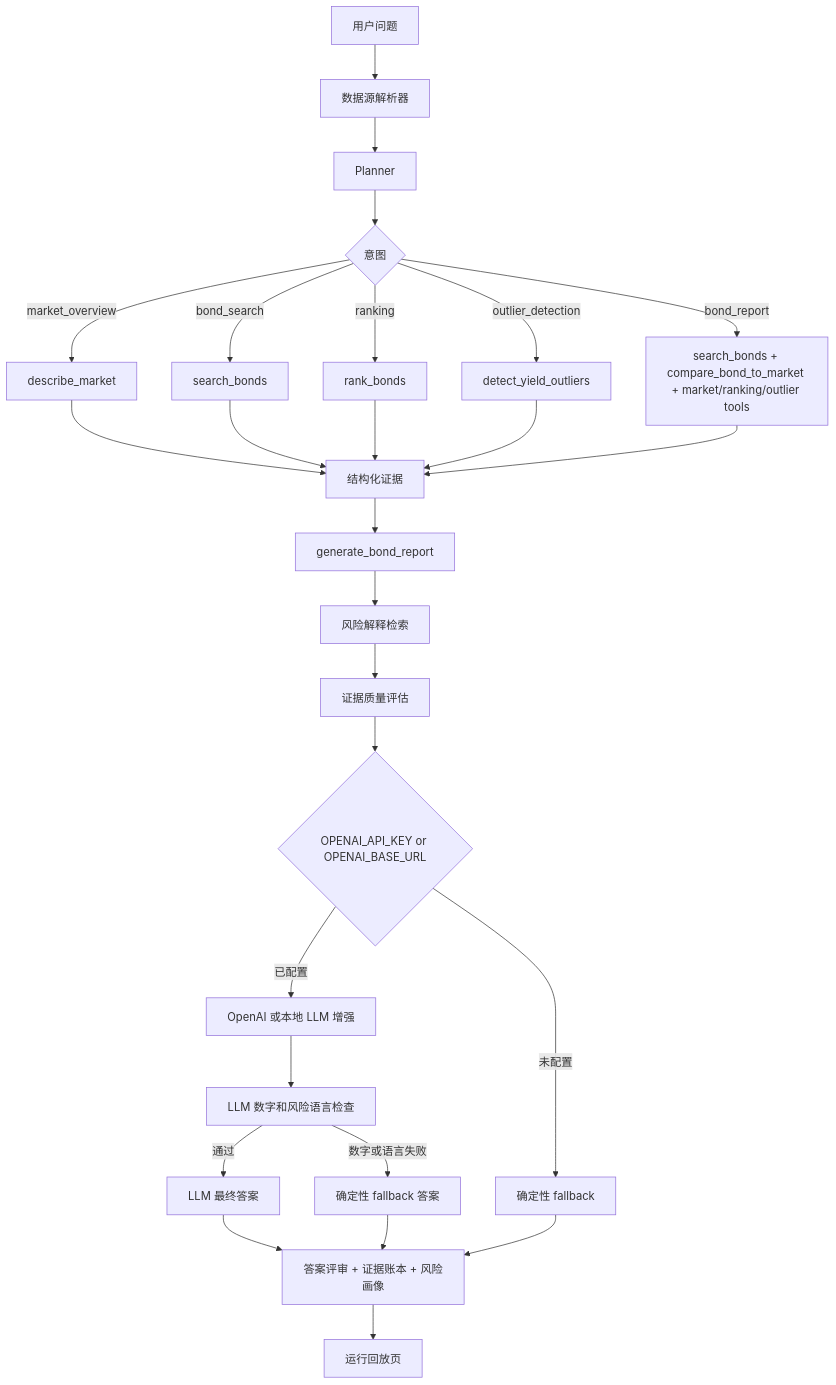
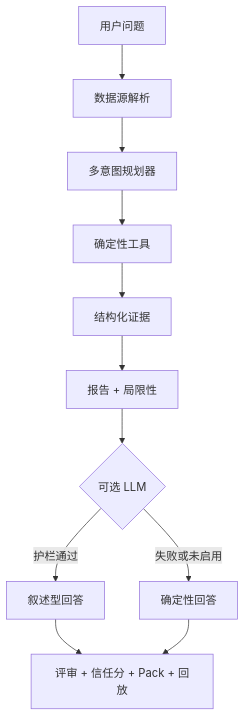
Before and after one commit to Phoenix0531-sudo/BondLens: the diagram in README.zh-CN.md, drawn with Mermaid. The commit also changed other lines of this file and 13 other files, not shown here.

````diff
--- a/README.zh-CN.md
+++ b/README.zh-CN.md
@@ -234,29 +77,13 @@
 ```mermaid
 flowchart TD
-    A[用户问题] --> B[数据源解析器]
-    B --> C[Planner]
-    C --> D{意图}
-    D -->|market_overview| E[describe_market]
-    D -->|bond_search| F[search_bonds]
-    D -->|ranking| G[rank_bonds]
-    D -->|outlier_detection| H[detect_yield_outliers]
-    D -->|bond_report| I[search_bonds + compare_bond_to_market + market/ranking/outlier tools]
-    E --> J[结构化证据]
-    F --> J
-    G --> J
-    H --> J
+    A[用户问题] --> B[数据源解析]
+    B --> C[多意图规划器]
+    C --> D[确定性工具]
+    D --> E[结构化证据]
+    E --> F[报告 + 局限性]
+    F --> G{可选 LLM}
+    G -->|护栏通过| H[叙述型回答]
+    G -->|失败或未启用| I[确定性回答]
+    H --> J[评审 + 信任分 + Pack + 回放]
     I --> J
-    J --> K[generate_bond_report]
-    K --> L[风险解释检索]
-    L --> M[证据质量评估]
-    M --> N{OPENAI_API_KEY or OPENAI_BASE_URL}
-    N -->|未配置| O[确定性 fallback]
-    N -->|已配置| P[OpenAI 或本地 LLM 增强]
-    P --> Q[LLM 数字和风险语言检查]
-    Q -->|通过| R[LLM 最终答案]
-    Q -->|数字或语言失败| S[确定性 fallback 答案]
-    R --> T[答案评审 + 证据账本 + 风险画像]
-    S --> T
-    O --> T
-    T --> U[运行回放页]
 ```
````
